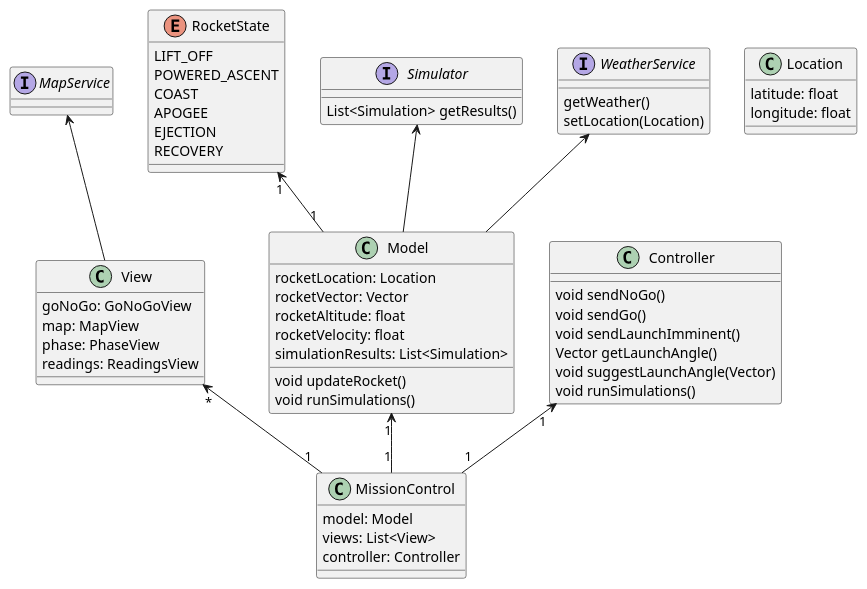
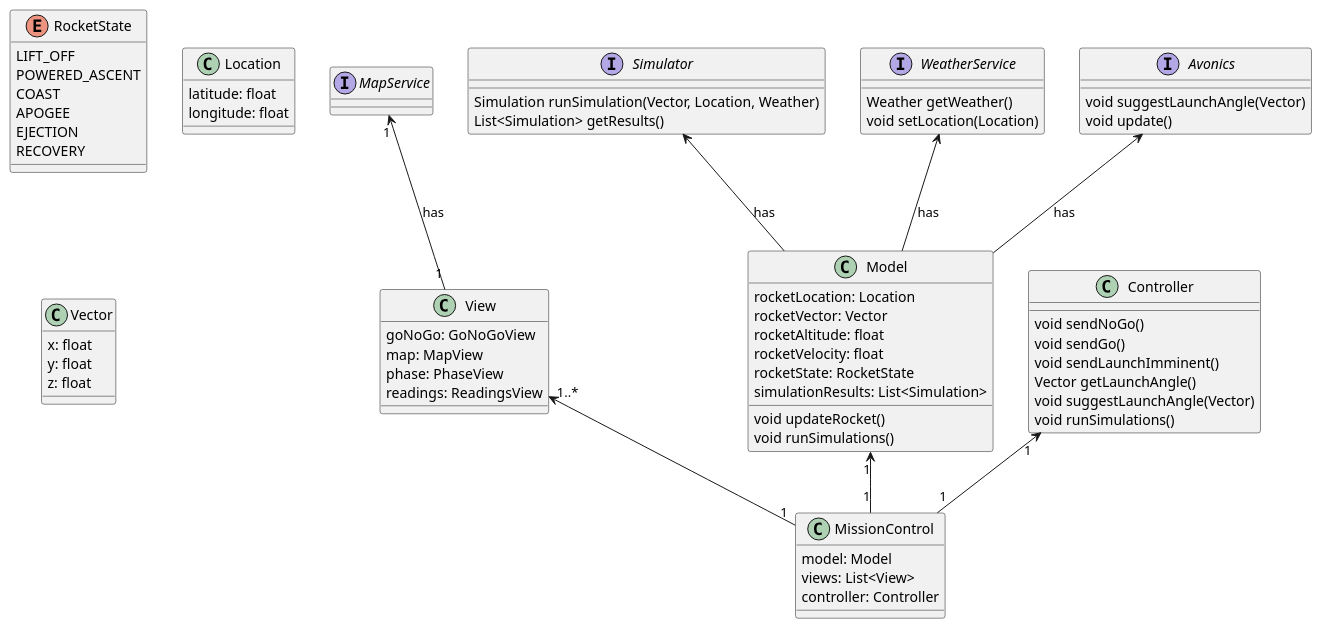
One commit to andrewellio/mission-control- changed the diagram in uml_diagrams/class_diagram/class_diagram.puml. Above: the diagram before and after it, drawn with PlantUML.

Commit message:
added avonics interface

```diff
--- a/uml_diagrams/class_diagram/class_diagram.puml
+++ b/uml_diagrams/class_diagram/class_diagram.puml
@@ -1,67 +1,85 @@
 @startuml MissionControl
 class MissionControl {
-    model: Model
-    views: List<View>
-    controller: Controller
+  model: Model
+  views: List<View>
+  controller: Controller
 }
+View "1..*" <-- "1" MissionControl
+Model "1" <-- "1" MissionControl
+Controller "1" <-- "1" MissionControl
 
 class View {
   goNoGo: GoNoGoView
   map: MapView
   phase: PhaseView
   readings: ReadingsView
 }
+MapService "1" <-- "1" View : has
 
 class Model {
   rocketLocation: Location
   rocketVector: Vector
   rocketAltitude: float
   rocketVelocity: float
+  rocketState: RocketState
   simulationResults: List<Simulation>
 
   void updateRocket()
   void runSimulations()
 }
+Simulator <-- Model : has
+WeatherService <-- Model : has
+Avonics <-- Model : has
 
 class Controller {
+
   void sendNoGo()
   void sendGo()
   void sendLaunchImminent()
   Vector getLaunchAngle()
   void suggestLaunchAngle(Vector)
   void runSimulations()
 }
 
-View "*" <-- "1" MissionControl
-Model "1" <-- "1" MissionControl
-Controller "1" <-- "1" MissionControl
+
 
 enum RocketState {
   LIFT_OFF
   POWERED_ASCENT
   COAST
   APOGEE
   EJECTION
   RECOVERY
 }
 
 class Location {
-    latitude: float
-    longitude: float
+  latitude: float
+  longitude: float
 }
 
-RocketState "1" <-- "1" Model
+class Vector {
+  x: float
+  y: float
+  z: float
+}
+
+interface Avonics {
+  void suggestLaunchAngle(Vector)
+  void update()
+}
 
 interface Simulator {
-    List<Simulation> getResults()
+  Simulation runSimulation(Vector, Location, Weather)
+  List<Simulation> getResults()
 }
+
+
 interface WeatherService {
-    getWeather()
-    setLocation(Location)
+  Weather getWeather()
+  void setLocation(Location)
 }
+
+
 interface MapService
 
-Simulator <-- Model
-WeatherService <-- Model
-MapService <-- View
 @enduml
```
